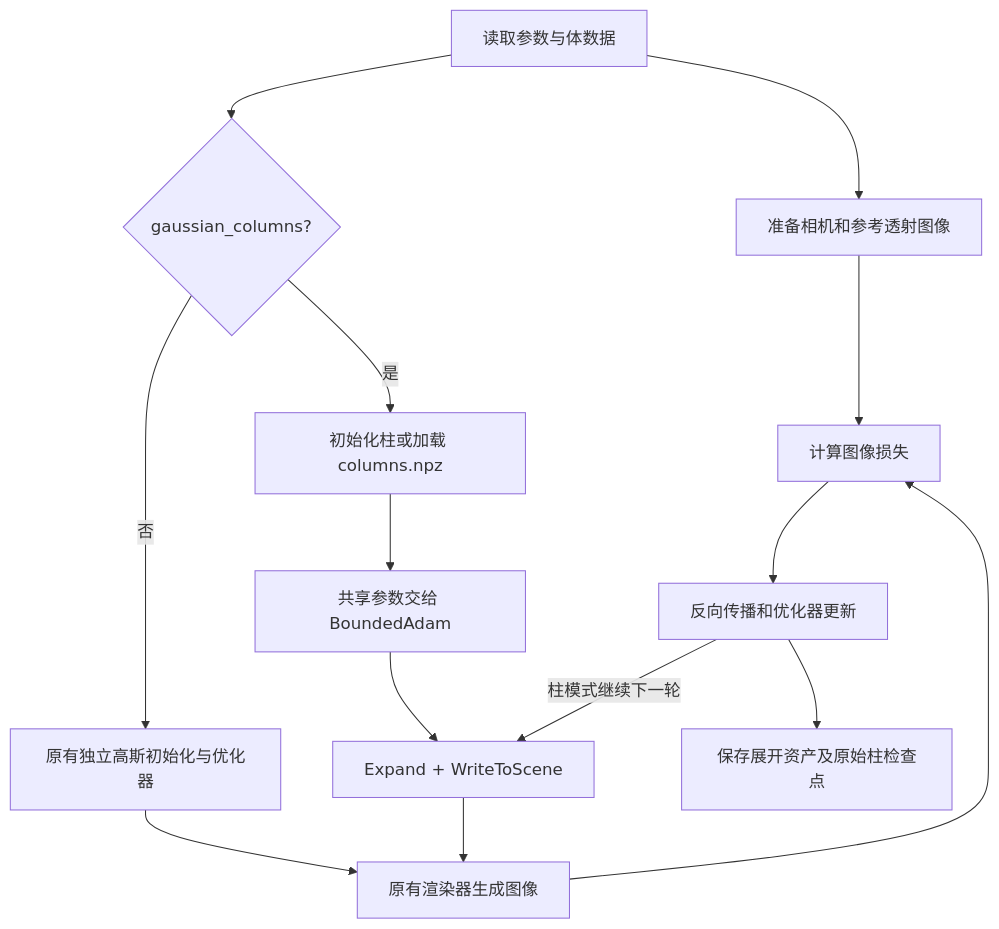
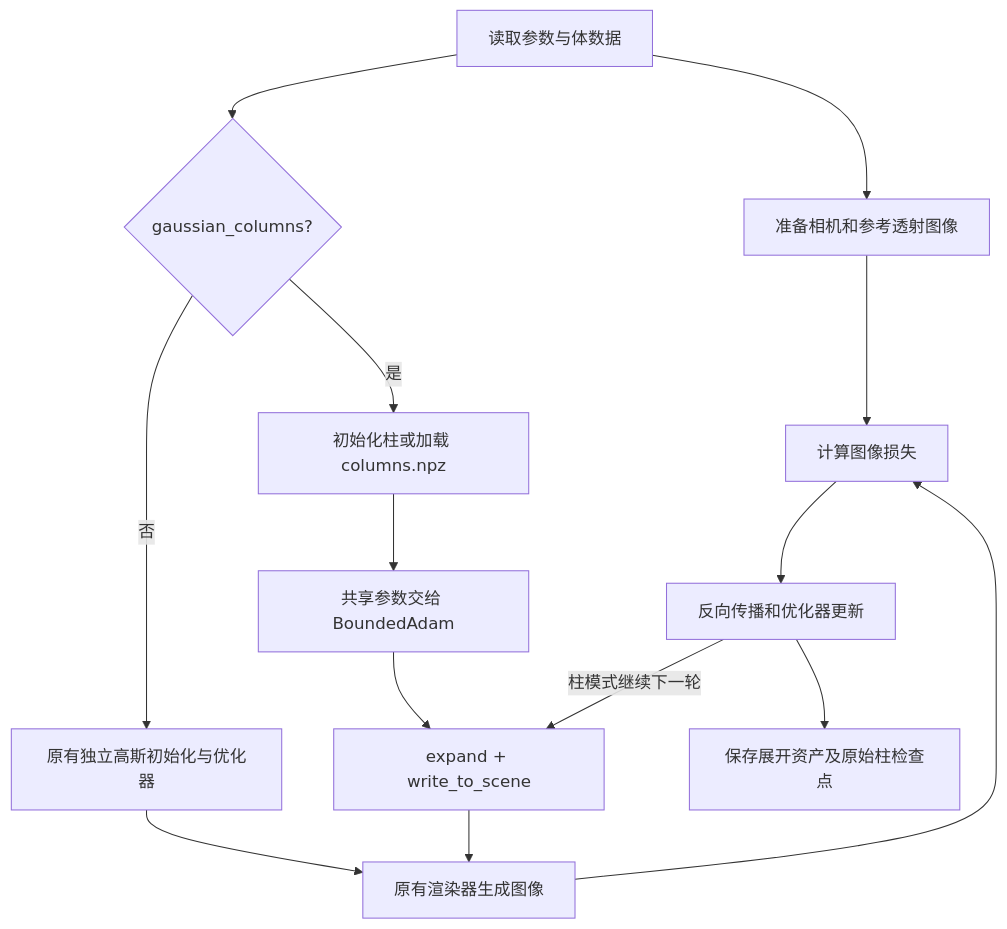
One commit to VENUSXK/gabor_fields changed the diagram in COLUMN_TRAINING_FLOW.md. Above: the diagram before and after it, drawn with Mermaid. The commit also changed other lines of this file and 12 other files, not shown here.

````diff
--- a/COLUMN_TRAINING_FLOW.md
+++ b/COLUMN_TRAINING_FLOW.md
@@ -9,16 +11,16 @@
 ```mermaid
 flowchart TD
     A[读取参数与体数据] --> B[准备相机和参考透射图像]
     A --> C{gaussian_columns?}
     C -->|否| D[原有独立高斯初始化与优化器]
     C -->|是| E[初始化柱或加载 columns.npz]
     E --> F[共享参数交给 BoundedAdam]
-    F --> G[Expand + WriteToScene]
+    F --> G[expand + write_to_scene]
     D --> H[原有渲染器生成图像]
     G --> H
     B --> I[计算图像损失]
     H --> I
     I --> J[反向传播和优化器更新]
     J -->|柱模式继续下一轮| G
     J --> K[保存展开资产及原始柱检查点]
 ```
````
